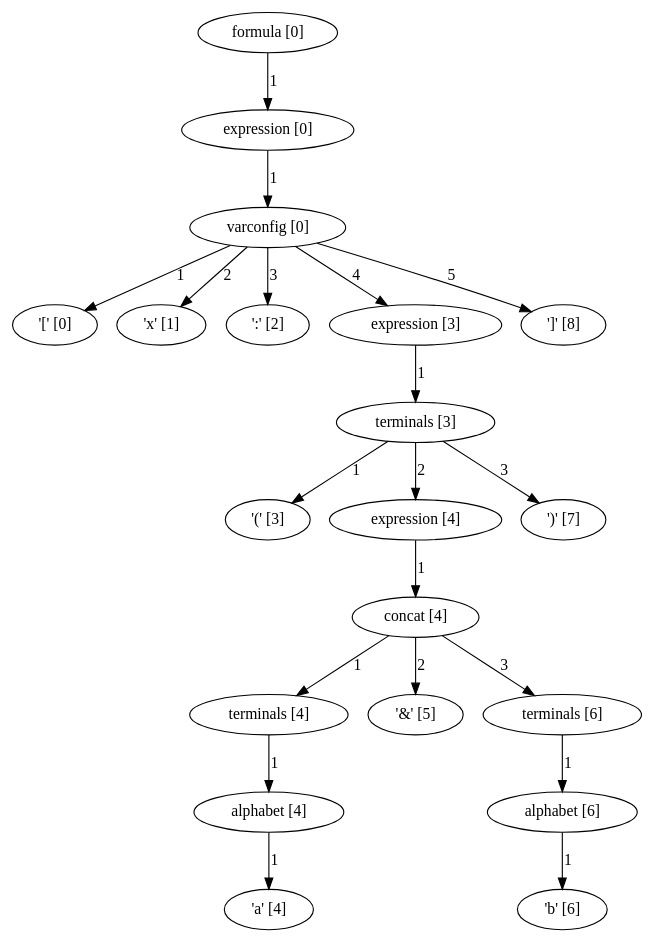
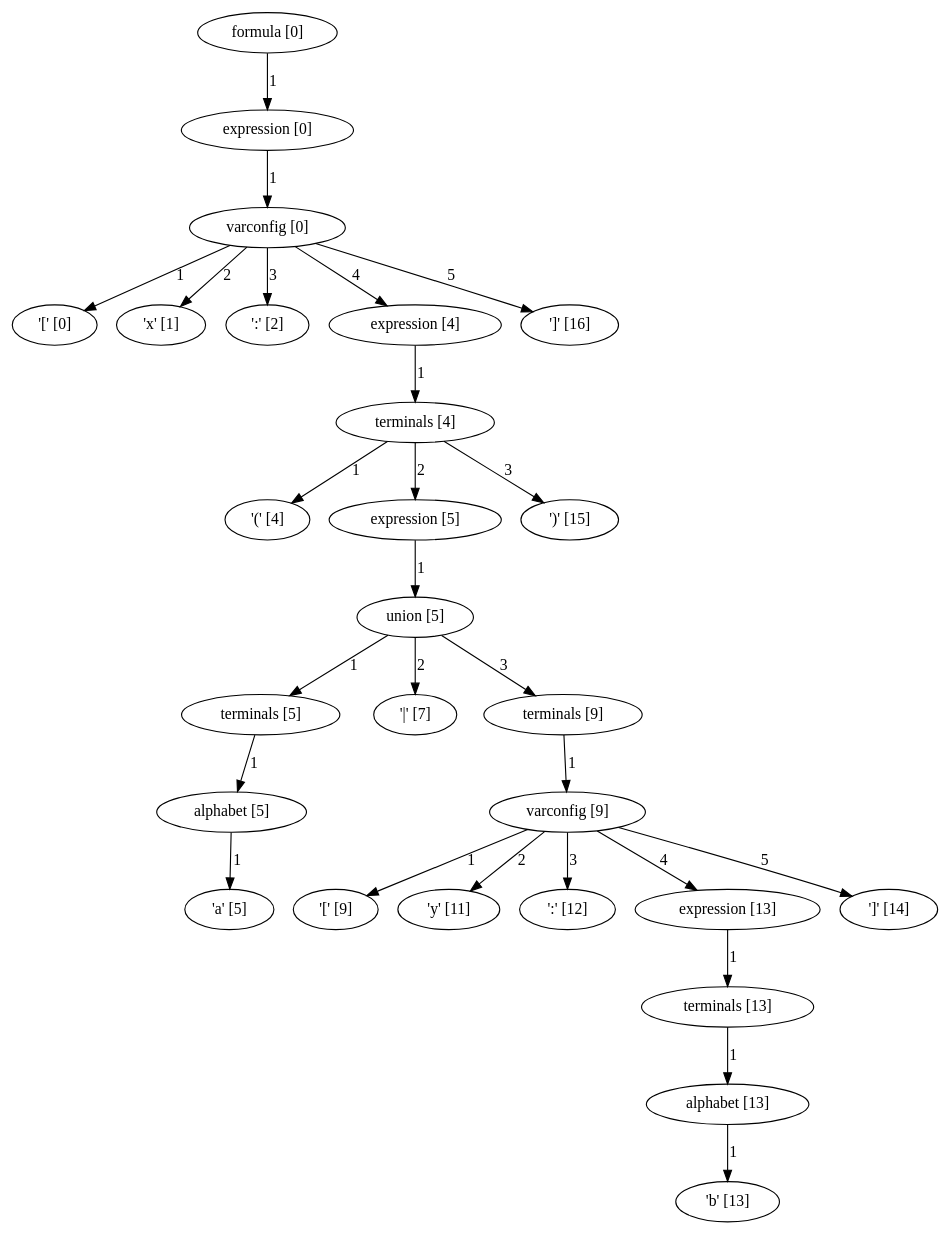
The diagram in formula_parse_tree.dot (yipsimon/DocumentSpanners_MSc), drawn with Graphviz before and after one commit. The commit also changed 10 other files, not shown here.

```diff
--- a/formula_parse_tree.dot
+++ b/formula_parse_tree.dot
@@ -1,60 +1,81 @@
 digraph arpeggio_graph {
-139961469837680 [label="formula [0]"];
-139961469837680->139961469837536 [label="1"]
+139980205240976 [label="formula [0]"];
+139980205240976->139980205241552 [label="1"]
 
-139961469837536 [label="expression [0]"];
-139961469837536->139961469838544 [label="1"]
+139980205241552 [label="expression [0]"];
+139980205241552->139980205241408 [label="1"]
 
-139961469838544 [label="varconfig [0]"];
-139961469838544->139961469734016 [label="1"]
+139980205241408 [label="varconfig [0]"];
+139980205241408->139980205137024 [label="1"]
 
-139961469734016 [label=" '[' [0]"];
-139961469838544->139961469734136 [label="2"]
+139980205137024 [label=" '[' [0]"];
+139980205241408->139980205137144 [label="2"]
 
-139961469734136 [label=" 'x' [1]"];
-139961469838544->139961469786184 [label="3"]
+139980205137144 [label=" 'x' [1]"];
+139980205241408->139980205185096 [label="3"]
 
-139961469786184 [label=" ':' [2]"];
-139961469838544->139961469838256 [label="4"]
+139980205185096 [label=" ':' [2]"];
+139980205241408->139980205241696 [label="4"]
 
-139961469838256 [label="expression [3]"];
-139961469838256->139961485606208 [label="1"]
+139980205241696 [label="expression [4]"];
+139980205241696->139980221012880 [label="1"]
 
-139961485606208 [label="terminals [3]"];
-139961485606208->139961469786304 [label="1"]
+139980221012880 [label="terminals [4]"];
+139980221012880->139980205185696 [label="1"]
 
-139961469786304 [label=" '(' [3]"];
-139961485606208->139961485606064 [label="2"]
+139980205185696 [label=" '(' [4]"];
+139980221012880->139980221013024 [label="2"]
 
-139961485606064 [label="expression [4]"];
-139961485606064->139961485605920 [label="1"]
+139980221013024 [label="expression [5]"];
+139980221013024->139980205240688 [label="1"]
 
-139961485605920 [label="concat [4]"];
-139961485605920->139961485606352 [label="1"]
+139980205240688 [label="union [5]"];
+139980205240688->139980221013168 [label="1"]
 
-139961485606352 [label="terminals [4]"];
-139961485606352->139961485606784 [label="1"]
+139980221013168 [label="terminals [5]"];
+139980221013168->139980221013312 [label="1"]
 
-139961485606784 [label="alphabet [4]"];
-139961485606784->139961469786904 [label="1"]
+139980221013312 [label="alphabet [5]"];
+139980221013312->139980205186416 [label="1"]
 
-139961469786904 [label=" 'a' [4]"];
-139961485605920->139961469787024 [label="2"]
+139980205186416 [label=" 'a' [5]"];
+139980205240688->139980205185216 [label="2"]
 
-139961469787024 [label=" '&' [5]"];
-139961485605920->139961485606640 [label="3"]
+139980205185216 [label=" '|' [7]"];
+139980205240688->139980205240400 [label="3"]
 
-139961485606640 [label="terminals [6]"];
-139961485606640->139961485606496 [label="1"]
+139980205240400 [label="terminals [9]"];
+139980205240400->139980221013456 [label="1"]
 
-139961485606496 [label="alphabet [6]"];
-139961485606496->139961469787144 [label="1"]
+139980221013456 [label="varconfig [9]"];
+139980221013456->139980205185576 [label="1"]
 
-139961469787144 [label=" 'b' [6]"];
-139961485606208->139961469787264 [label="3"]
+139980205185576 [label=" '[' [9]"];
+139980221013456->139980205186536 [label="2"]
 
-139961469787264 [label=" ')' [7]"];
-139961469838544->139961469787384 [label="5"]
+139980205186536 [label=" 'y' [11]"];
+139980221013456->139980205185456 [label="3"]
 
-139961469787384 [label=" ']' [8]"];
+139980205185456 [label=" ':' [12]"];
+139980221013456->139980221013600 [label="4"]
+
+139980221013600 [label="expression [13]"];
+139980221013600->139980221013744 [label="1"]
+
+139980221013744 [label="terminals [13]"];
+139980221013744->139980221013888 [label="1"]
+
+139980221013888 [label="alphabet [13]"];
+139980221013888->139980205186296 [label="1"]
+
+139980205186296 [label=" 'b' [13]"];
+139980221013456->139980205186656 [label="5"]
+
+139980205186656 [label=" ']' [14]"];
+139980221012880->139980205186896 [label="3"]
+
+139980205186896 [label=" ')' [15]"];
+139980205241408->139980205186776 [label="5"]
+
+139980205186776 [label=" ']' [16]"];
 }
```
